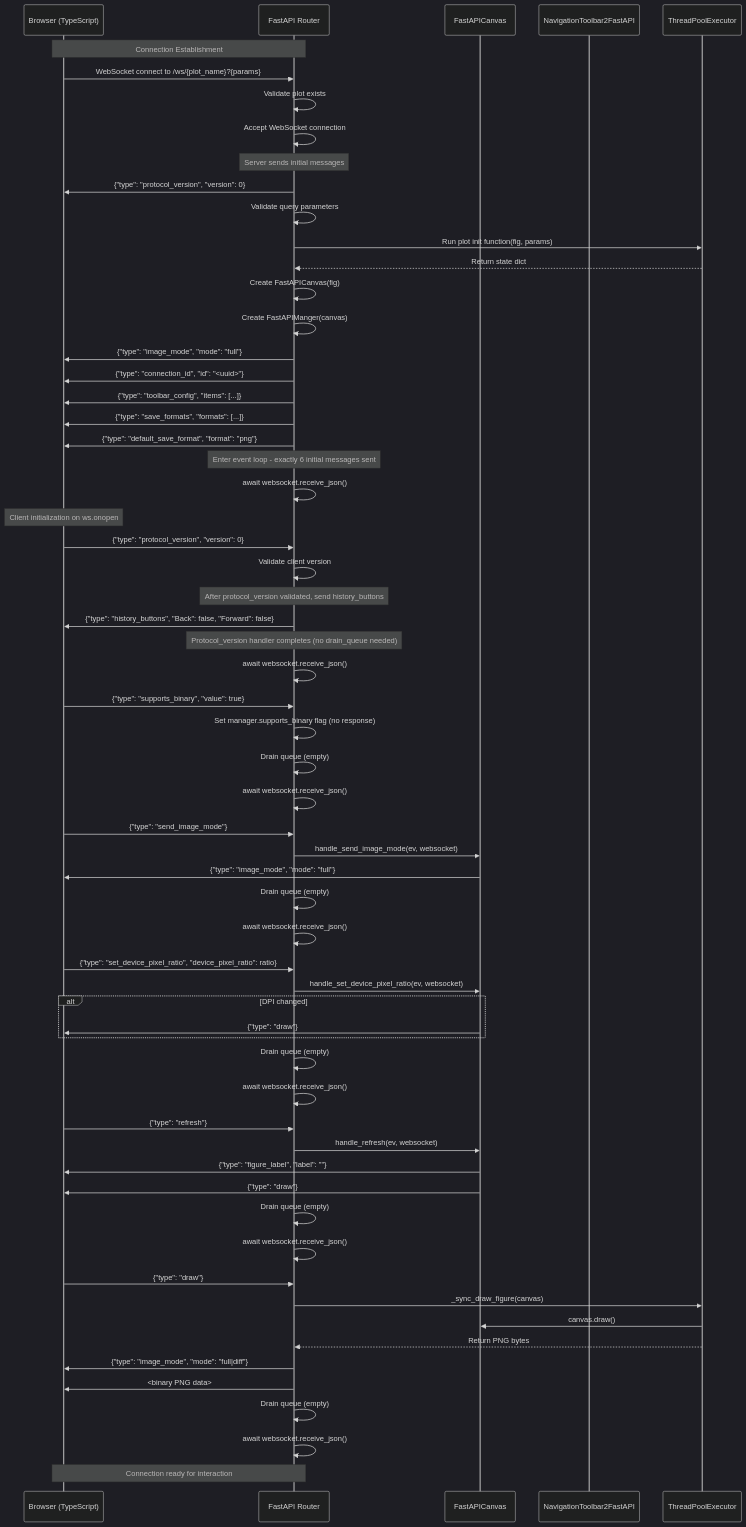
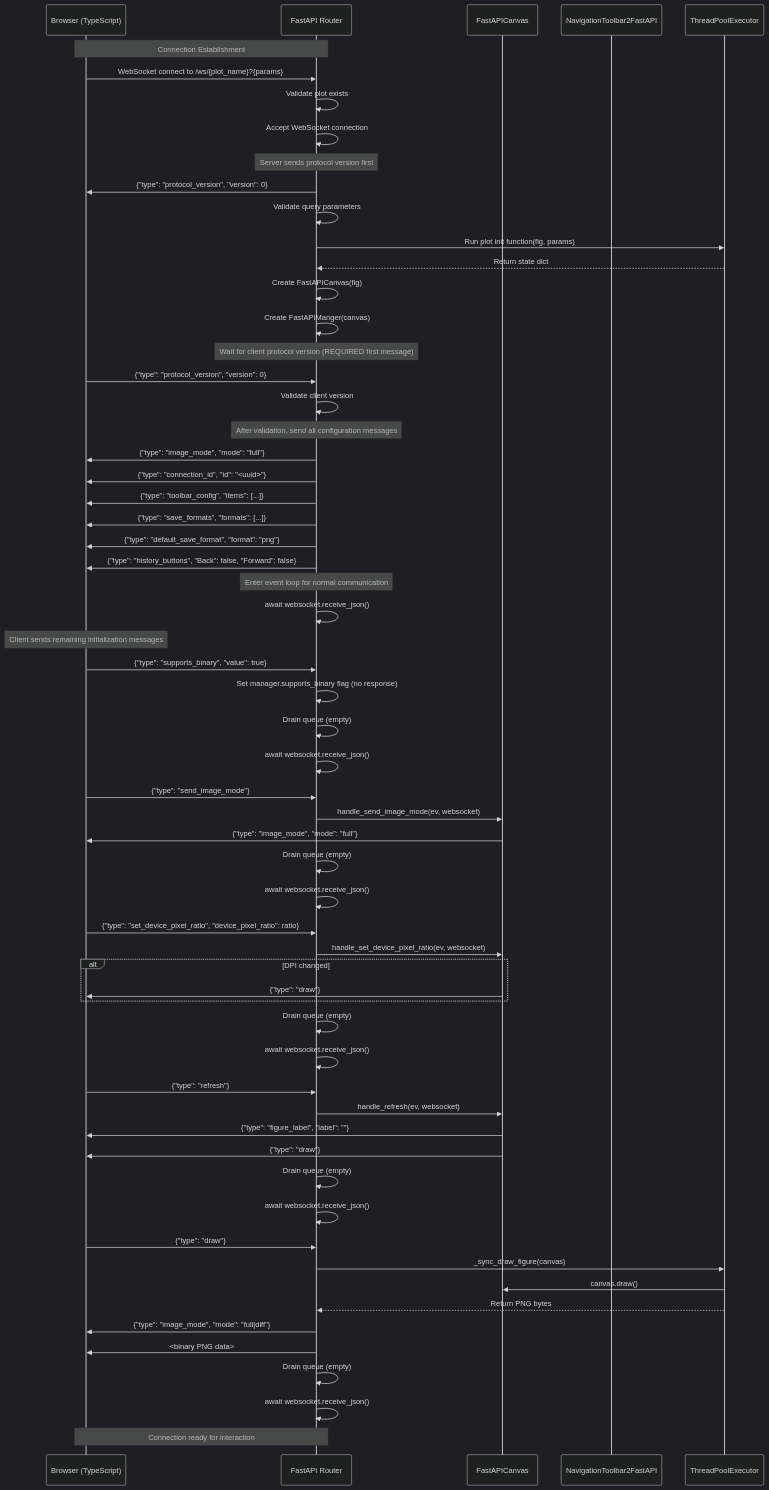
One commit to tacaswell/matplotlib-fastapi changed the first of 12 diagrams in docs/websocket-protocol.md. Above: the diagram before and after it, drawn with Mermaid (dark theme). The commit also changed other lines of this file and 4 other files, not shown here.

First line of the commit message:
ENH: make the version protocol required on websocket

````diff
--- a/docs/websocket-protocol.md
+++ b/docs/websocket-protocol.md
@@ -18,75 +18,74 @@
 ```mermaid
 sequenceDiagram
     participant Client as Browser (TypeScript)
     participant Router as FastAPI Router
     participant Backend as FastAPICanvas
     participant Toolbar as NavigationToolbar2FastAPI
     participant Executor as ThreadPoolExecutor
 
     Note over Client,Router: Connection Establishment
     Client->>Router: WebSocket connect to /ws/{plot_name}?{params}
     Router->>Router: Validate plot exists
     Router->>Router: Accept WebSocket connection
     
-    Note over Router: Server sends initial messages
+    Note over Router: Server sends protocol version first
     Router->>Client: {"type": "protocol_version", "version": 0}
     Router->>Router: Validate query parameters
     Router->>Executor: Run plot init function(fig, params)
     Executor-->>Router: Return state dict
     Router->>Router: Create FastAPICanvas(fig)
     Router->>Router: Create FastAPIManger(canvas)
     
+    Note over Router: Wait for client protocol version (REQUIRED first message)
+    Client->>Router: {"type": "protocol_version", "version": 0}
+    Router->>Router: Validate client version
+    
+    Note over Router: After validation, send all configuration messages
     Router->>Client: {"type": "image_mode", "mode": "full"}
     Router->>Client: {"type": "connection_id", "id": "<uuid>"}
     Router->>Client: {"type": "toolbar_config", "items": [...]}
     Router->>Client: {"type": "save_formats", "formats": [...]}
     Router->>Client: {"type": "default_save_format", "format": "png"}
+    Router->>Client: {"type": "history_buttons", "Back": false, "Forward": false}
     
-    Note over Router: Enter event loop - exactly 6 initial messages sent
+    Note over Router: Enter event loop for normal communication
     Router->>Router: await websocket.receive_json()
     
-    Note over Client: Client initialization on ws.onopen
-    Client->>Router: {"type": "protocol_version", "version": 0}
-    Router->>Router: Validate client version
-    Note over Router: After protocol_version validated, send history_buttons
-    Router->>Client: {"type": "history_buttons", "Back": false, "Forward": false}
-    Note over Router: Protocol_version handler completes (no drain_queue needed)
-    Router->>Router: await websocket.receive_json()
-    
+    Note over Client: Client sends remaining initialization messages
     Client->>Router: {"type": "supports_binary", "value": true}
     Router->>Router: Set manager.supports_binary flag (no response)
     Router->>Router: Drain queue (empty)
     Router->>Router: await websocket.receive_json()
     
     Client->>Router: {"type": "send_image_mode"}
     Router->>Backend: handle_send_image_mode(ev, websocket)
     Backend->>Client: {"type": "image_mode", "mode": "full"}
     Router->>Router: Drain queue (empty)
     Router->>Router: await websocket.receive_json()
     
     Client->>Router: {"type": "set_device_pixel_ratio", "device_pixel_ratio": ratio}
     Router->>Backend: handle_set_device_pixel_ratio(ev, websocket)
     alt DPI changed
         Backend->>Client: {"type": "draw"}
     end
     Router->>Router: Drain queue (empty)
     Router->>Router: await websocket.receive_json()
     
     Client->>Router: {"type": "refresh"}
     Router->>Backend: handle_refresh(ev, websocket)
     Backend->>Client: {"type": "figure_label", "label": ""}
     Backend->>Client: {"type": "draw"}
     Router->>Router: Drain queue (empty)
     Router->>Router: await websocket.receive_json()
     
     Client->>Router: {"type": "draw"}
     Router->>Executor: _sync_draw_figure(canvas)
     Executor->>Backend: canvas.draw()
     Executor-->>Router: Return PNG bytes
     Router->>Client: {"type": "image_mode", "mode": "full|diff"}
     Router->>Client: <binary PNG data>
     Router->>Router: Drain queue (empty)
     Router->>Router: await websocket.receive_json()
     
     Note over Client,Router: Connection ready for interaction
 ```
````
